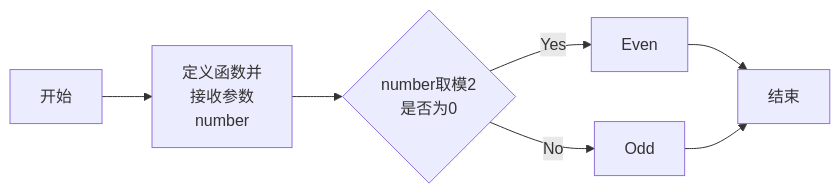
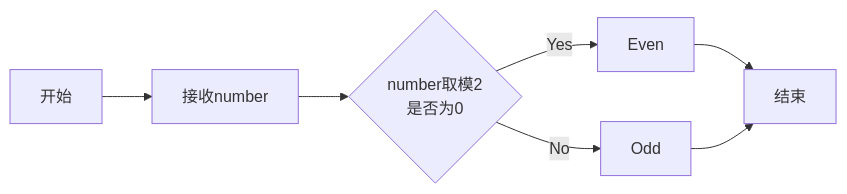
One commit to RonaWhite/python changed the third of 3 diagrams in experiment2.md. Above: the diagram before and after it, drawn with Mermaid.

Commit message:
experiment2

````diff
--- a/experiment2.md
+++ b/experiment2.md
@@ -519,12 +519,10 @@
 ```mermaid
 flowchart LR
-    A[开始] --> B[定义函数并
-    接收参数
-    number]
+    A[开始] --> B[接收number]
     B --> C{number取模2
     是否为0}
     C --> |Yes| D[Even]
     D --> E[结束]
     C --> |No| F[Odd]
     F --> E
 ```
````
